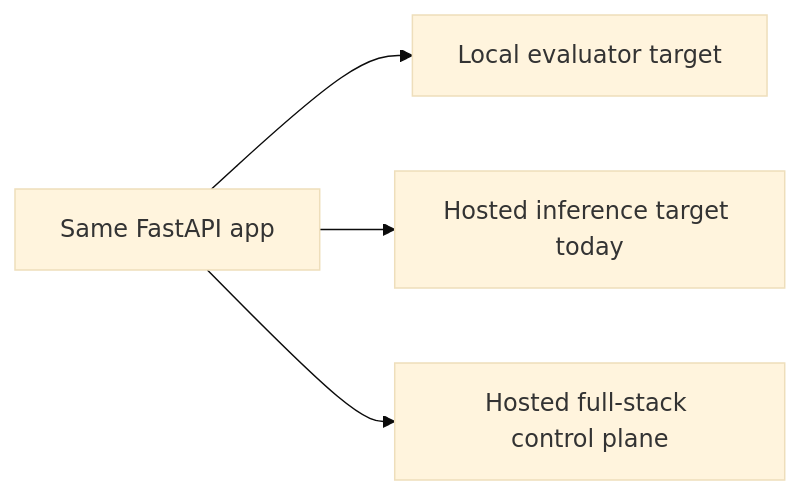
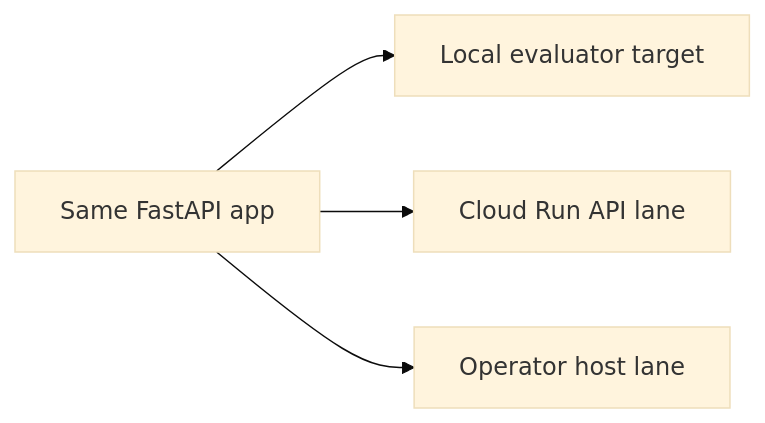
One commit to javihslu/foehncast changed the second of 2 diagrams in docs/site/system/inference-pipeline.md. Above: the diagram before and after it, drawn with Mermaid (base theme). The commit also changed other lines of this file and 13 other files, not shown here.

```diff
--- a/docs/site/system/inference-pipeline.md
+++ b/docs/site/system/inference-pipeline.md
@@ -131,6 +137,6 @@
 <div class="mermaid">
 flowchart LR
     APP[Same FastAPI app] --> LOCAL[Local evaluator target]
-    APP --> RUN[Hosted inference target today]
-    APP --> HOST[Hosted full-stack control plane]
+    APP --> RUN[Cloud Run API lane]
+    APP --> HOST[Operator host lane]
 </div>
```
